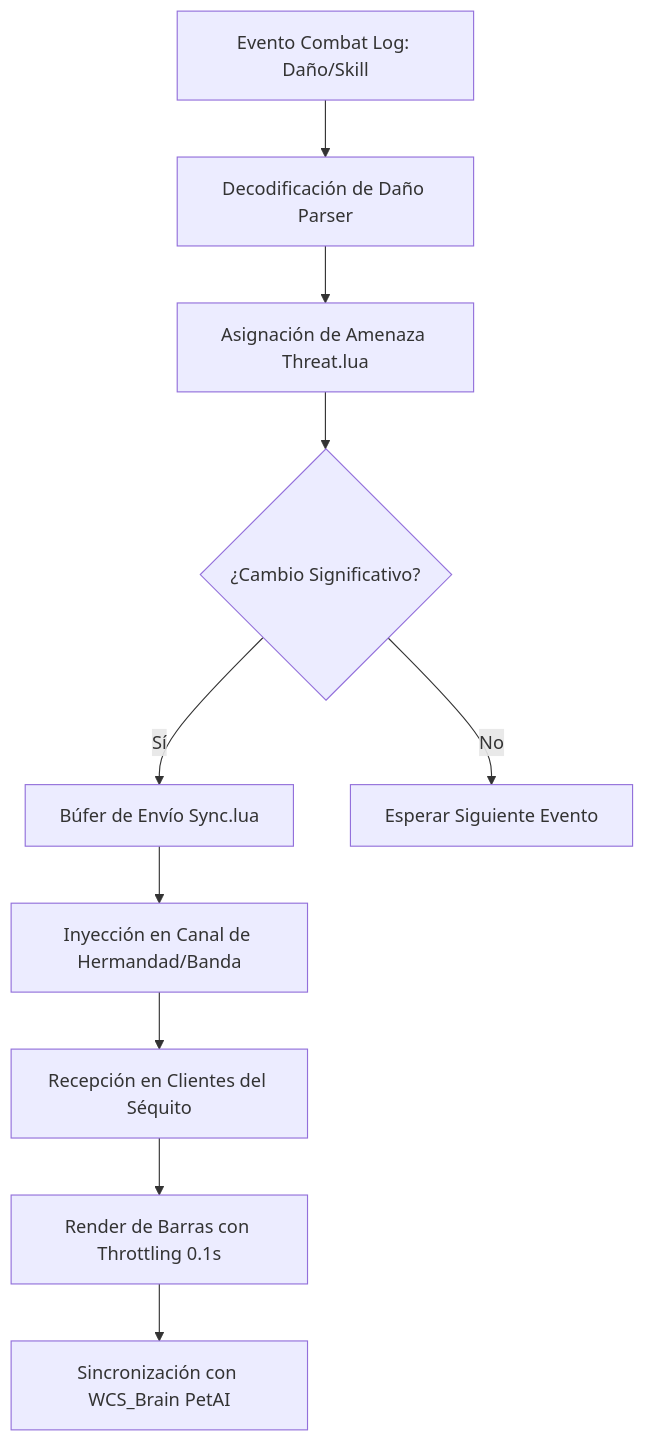
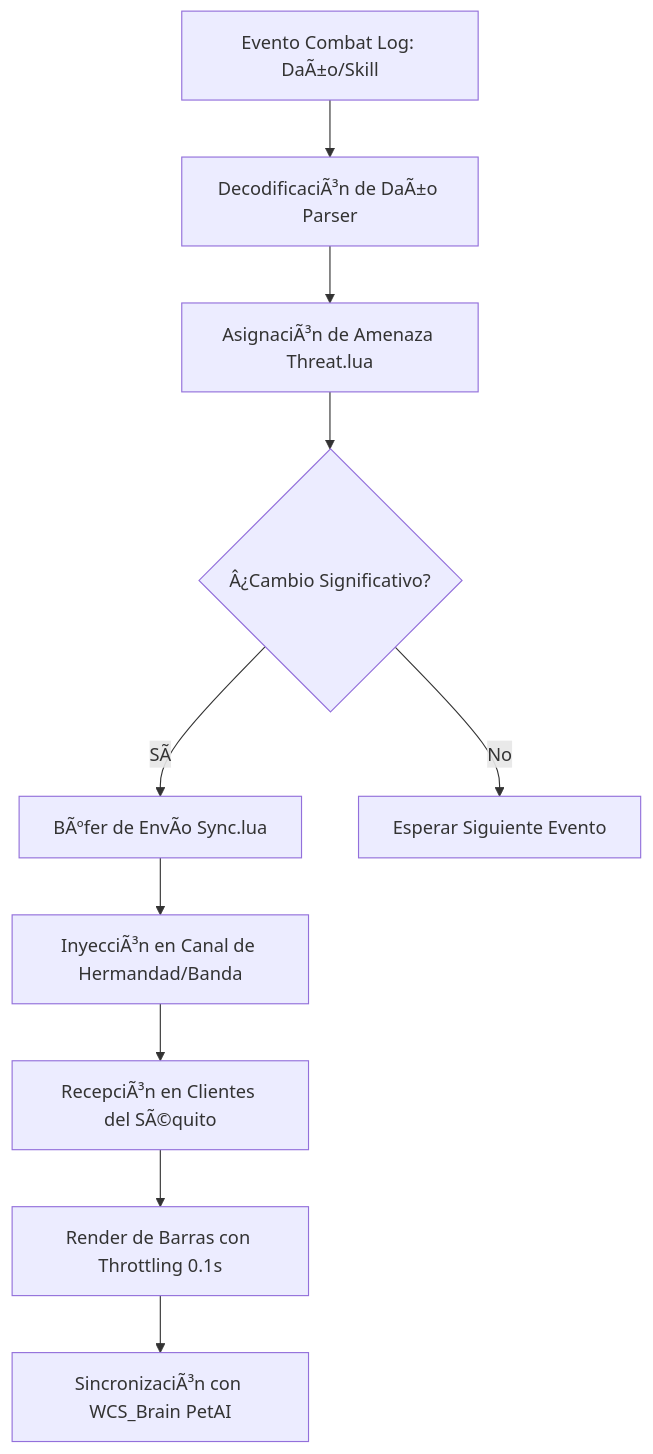
The diagram in wiki/Architecture.md (DarckRovert/TerrorMeter-El-Sequito-del-Terror-Edition), drawn with Mermaid before and after one commit. The commit also changed other lines of this file and 2 other files, not shown here.

Commit message:
sync: Sequito God-Tier deployment mar-07-04 1703

````diff
--- a/wiki/Architecture.md
+++ b/wiki/Architecture.md
@@ -18,12 +18,12 @@
 ```mermaid
 graph TD
-    A[Evento Combat Log: Daño/Skill] --> B[Decodificación de Daño Parser]
-    B --> C[Asignación de Amenaza Threat.lua]
-    C --> D{¿Cambio Significativo?}
-    D -- Sí --> E[Búfer de Envío Sync.lua]
+    A[Evento Combat Log: DaÃ±o/Skill] --> B[DecodificaciÃ³n de DaÃ±o Parser]
+    B --> C[AsignaciÃ³n de Amenaza Threat.lua]
+    C --> D{Â¿Cambio Significativo?}
+    D -- SÃ­ --> E[BÃºfer de EnvÃ­o Sync.lua]
     D -- No --> Z[Esperar Siguiente Evento]
-    E --> F[Inyección en Canal de Hermandad/Banda]
-    F --> G[Recepción en Clientes del Séquito]
+    E --> F[InyecciÃ³n en Canal de Hermandad/Banda]
+    F --> G[RecepciÃ³n en Clientes del SÃ©quito]
     G --> H[Render de Barras con Throttling 0.1s]
-    H --> I[Sincronización con WCS_Brain PetAI]
+    H --> I[SincronizaciÃ³n con WCS_Brain PetAI]
 ```
````
